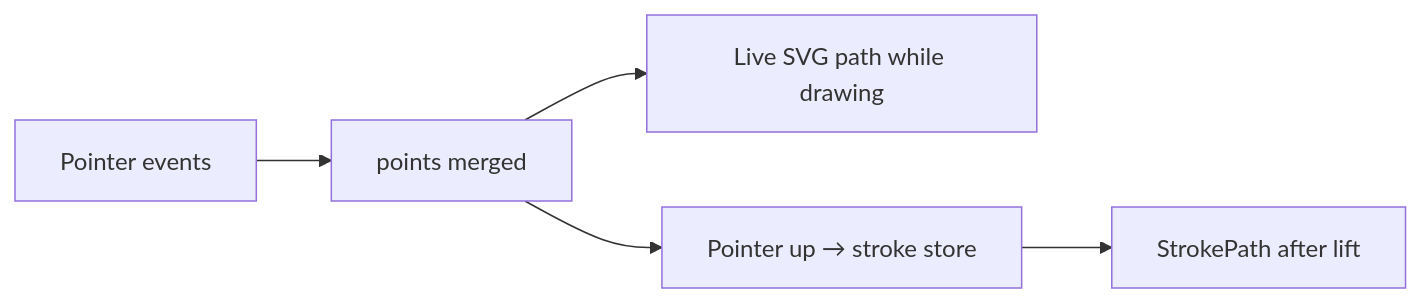
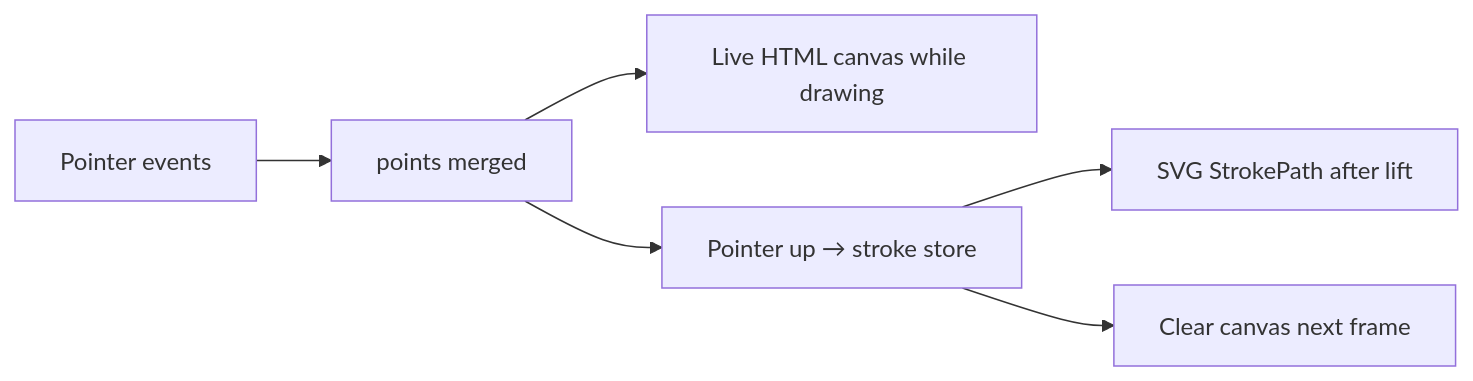
One commit to daledesilva/obsidian_ink changed the first of 4 diagrams in docs/ink-canvas-live-drawing.md. Above: the diagram before and after it, drawn with Mermaid. The commit also changed other lines of this file and 6 other files, not shown here.

First line of the commit message:
added: Moved in-progress strokes onto an HTML canvas overlay so live drawing stays responsive on long SVG pages. Cleared the overlay on pointer up after the stroke commits to the SVG store, keeping the same perfect-freehand path for WYSIWYG.

````diff
--- a/docs/ink-canvas-live-drawing.md
+++ b/docs/ink-canvas-live-drawing.md
@@ -26,7 +32,8 @@
 ```mermaid
 flowchart LR
   Pen[Pointer events] --> StorePts[points merged]
-  StorePts --> LivePath["Live SVG path while drawing"]
+  StorePts --> LiveCanvas["Live HTML canvas while drawing"]
   StorePts --> OnUp[Pointer up → stroke store]
-  OnUp --> Committed["StrokePath after lift"]
+  OnUp --> Committed["SVG StrokePath after lift"]
+  OnUp --> Clear["Clear canvas next frame"]
 ```
````
